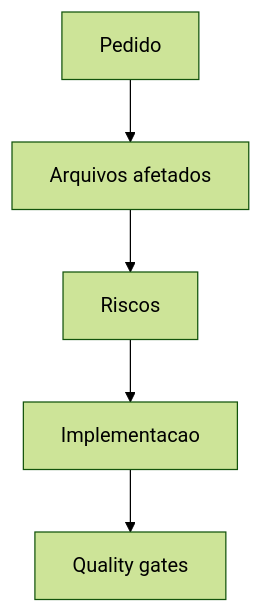
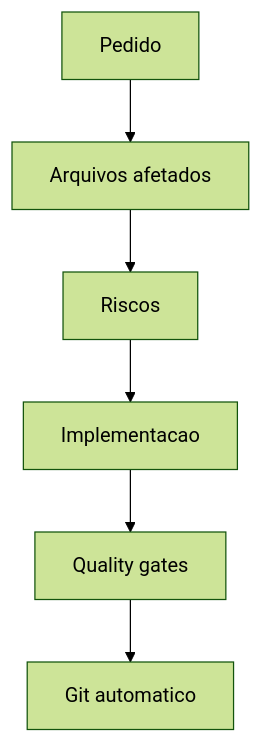
One commit to reactflowbrasil-star/airflow-webapp changed the diagram in .claude/skills/graphify/SKILL.md. Above: the diagram before and after it, drawn with Mermaid (forest theme). The commit also changed other lines of this file, not shown here.

Commit message:
Adiciona automacao git obrigatoria na graphify

````diff
--- a/.claude/skills/graphify/SKILL.md
+++ b/.claude/skills/graphify/SKILL.md
@@ -85,7 +87,8 @@
 ```mermaid
 graph TD
   A[Pedido] --> B[Arquivos afetados]
   B --> C[Riscos]
   C --> D[Implementacao]
   D --> E[Quality gates]
+  E --> F[Git automatico]
 ```
````
